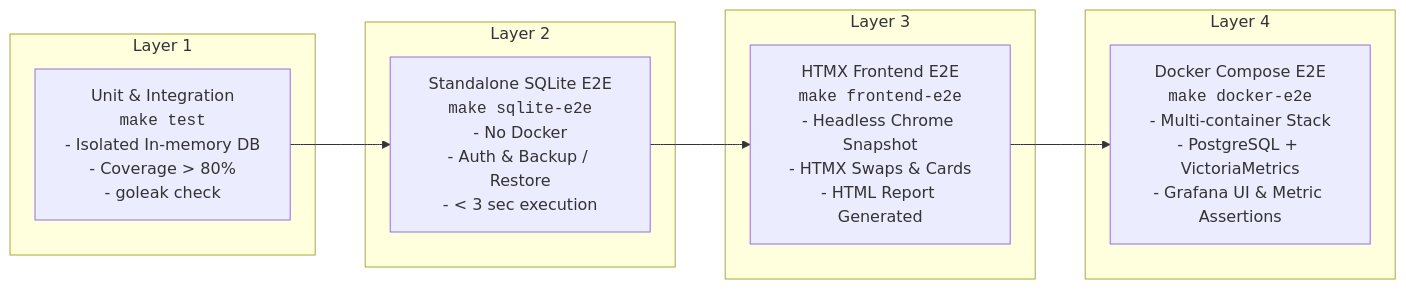
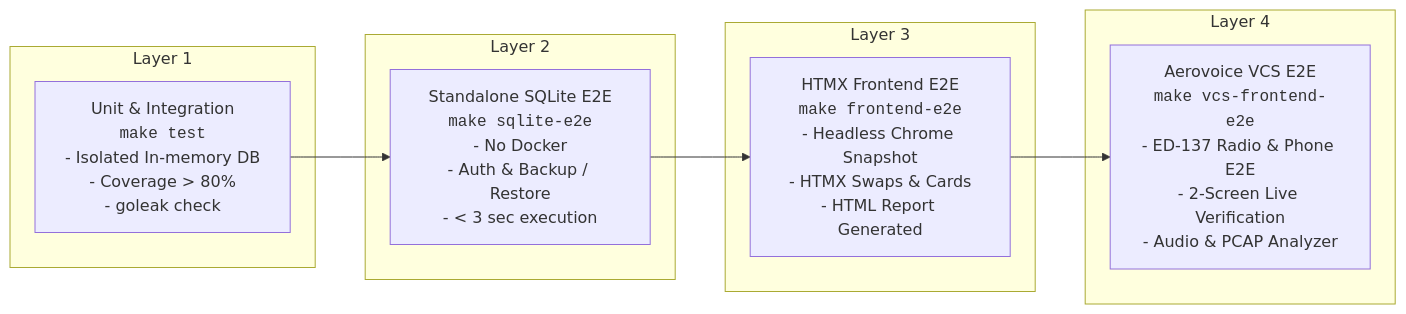
The second of 2 diagrams in docs/architecture.md (sh0jitmy/aerovoice), drawn with Mermaid before and after one commit. The commit also changed other lines of this file and 14 other files, not shown here.

Commit message:
chore(docker): remove unused docker-compose, dockerfile, and deployment files

````diff
--- a/docs/architecture.md
+++ b/docs/architecture.md
@@ -112,17 +112,17 @@
 ```mermaid
 graph LR
     subgraph "Layer 1"
         L1["Unit & Integration<br/><code>make test</code><br/>- Isolated In-memory DB<br/>- Coverage > 80%<br/>- goleak check"]
     end
     subgraph "Layer 2"
         L2["Standalone SQLite E2E<br/><code>make sqlite-e2e</code><br/>- No Docker<br/>- Auth & Backup / Restore<br/>- < 3 sec execution"]
     end
     subgraph "Layer 3"
         L3["HTMX Frontend E2E<br/><code>make frontend-e2e</code><br/>- Headless Chrome Snapshot<br/>- HTMX Swaps & Cards<br/>- HTML Report Generated"]
     end
     subgraph "Layer 4"
-        L4["Docker Compose E2E<br/><code>make docker-e2e</code><br/>- Multi-container Stack<br/>- PostgreSQL + VictoriaMetrics<br/>- Grafana UI & Metric Assertions"]
+        L4["Aerovoice VCS E2E<br/><code>make vcs-frontend-e2e</code><br/>- ED-137 Radio & Phone E2E<br/>- 2-Screen Live Verification<br/>- Audio & PCAP Analyzer"]
     end
     
     L1 --> L2 --> L3 --> L4
 ```
````
